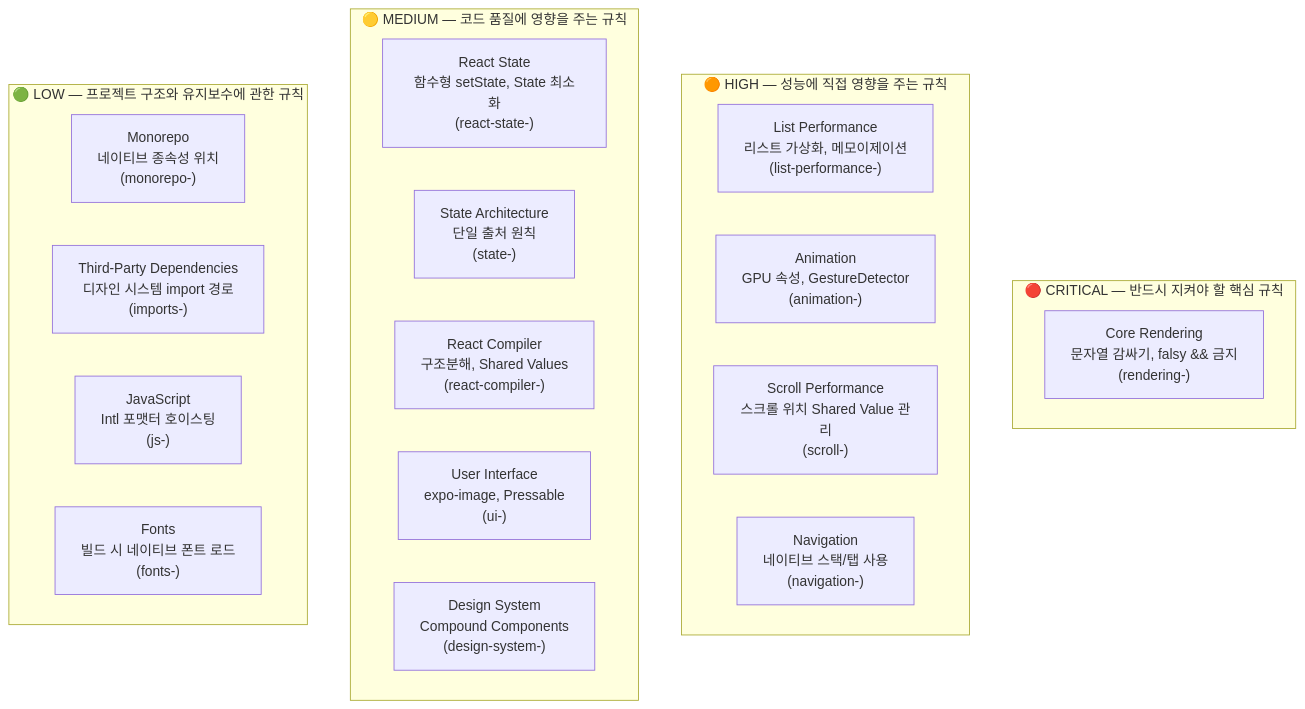
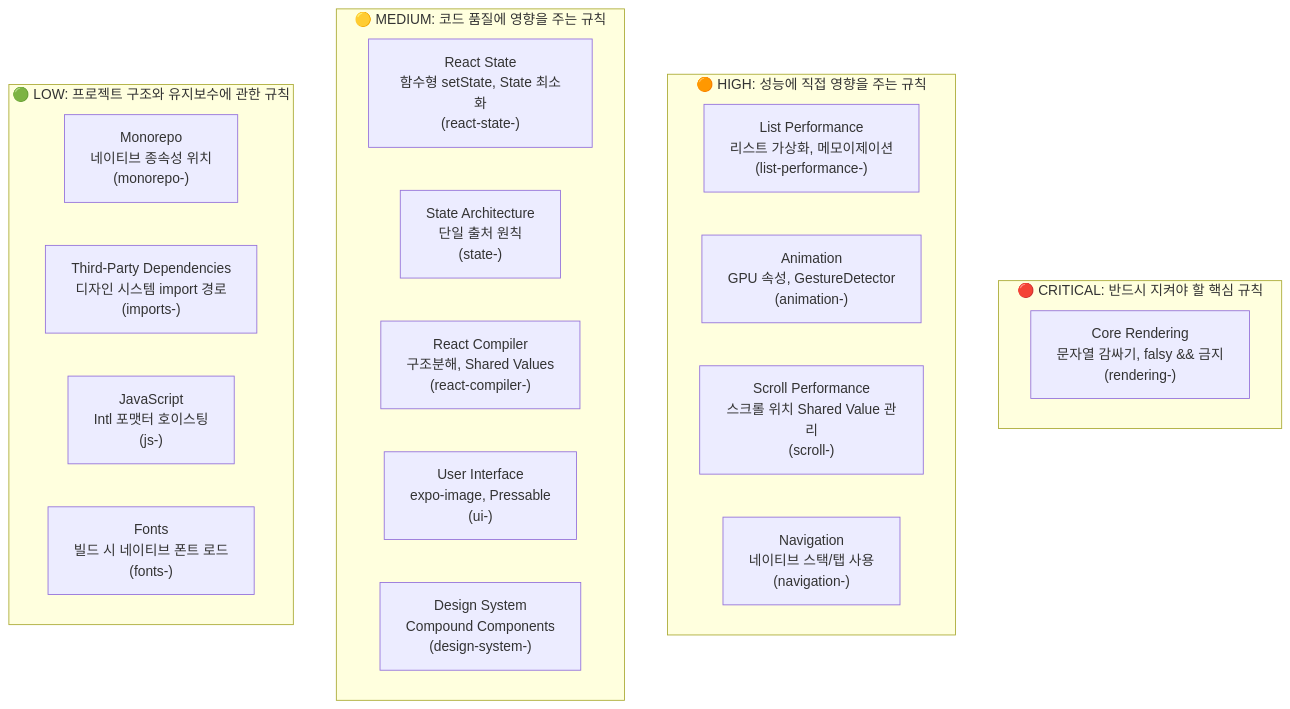
Before and after one commit to terry3838/vercel-agent-skills-guide: the second of 3 diagrams in categories/react-native-skills.md, drawn with Mermaid. The commit also changed other lines of this file and 5 other files, not shown here.

First line of the commit message:
fix: GitHub Mermaid 렌더러 호환성 오류 수정

````diff
--- a/categories/react-native-skills.md
+++ b/categories/react-native-skills.md
@@ -76,25 +76,25 @@
 ```mermaid
 graph TD
-    subgraph CRITICAL["🔴 CRITICAL — 반드시 지켜야 할 핵심 규칙"]
+    subgraph CRITICAL["🔴 CRITICAL: 반드시 지켜야 할 핵심 규칙"]
         S1["Core Rendering\n문자열 감싸기, falsy && 금지\n(rendering-)"]
     end
-    subgraph HIGH["🟠 HIGH — 성능에 직접 영향을 주는 규칙"]
+    subgraph HIGH["🟠 HIGH: 성능에 직접 영향을 주는 규칙"]
         S2["List Performance\n리스트 가상화, 메모이제이션\n(list-performance-)"]
         S3["Animation\nGPU 속성, GestureDetector\n(animation-)"]
         S4["Scroll Performance\n스크롤 위치 Shared Value 관리\n(scroll-)"]
         S5["Navigation\n네이티브 스택/탭 사용\n(navigation-)"]
     end
-    subgraph MEDIUM["🟡 MEDIUM — 코드 품질에 영향을 주는 규칙"]
+    subgraph MEDIUM["🟡 MEDIUM: 코드 품질에 영향을 주는 규칙"]
         S6["React State\n함수형 setState, State 최소화\n(react-state-)"]
         S7["State Architecture\n단일 출처 원칙\n(state-)"]
         S8["React Compiler\n구조분해, Shared Values\n(react-compiler-)"]
         S9["User Interface\nexpo-image, Pressable\n(ui-)"]
         S10["Design System\nCompound Components\n(design-system-)"]
     end
-    subgraph LOW["🟢 LOW — 프로젝트 구조와 유지보수에 관한 규칙"]
+    subgraph LOW["🟢 LOW: 프로젝트 구조와 유지보수에 관한 규칙"]
         S11["Monorepo\n네이티브 종속성 위치\n(monorepo-)"]
         S12["Third-Party Dependencies\n디자인 시스템 import 경로\n(imports-)"]
         S13["JavaScript\nIntl 포맷터 호이스팅\n(js-)"]
         S14["Fonts\n빌드 시 네이티브 폰트 로드\n(fonts-)"]
     end
 ```
````
